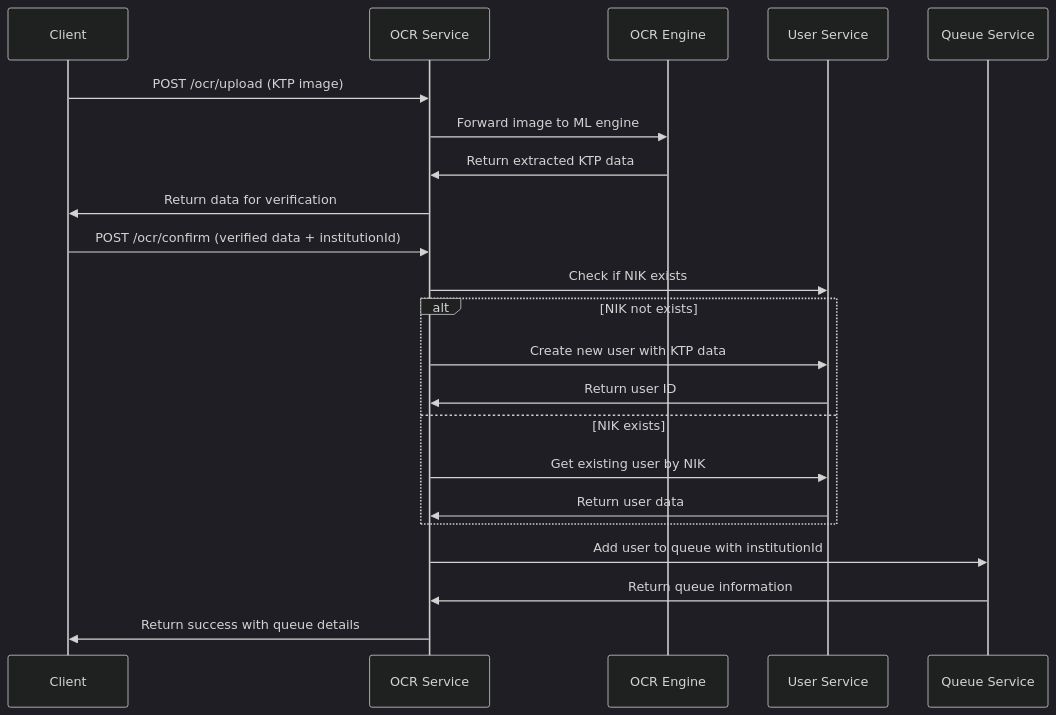
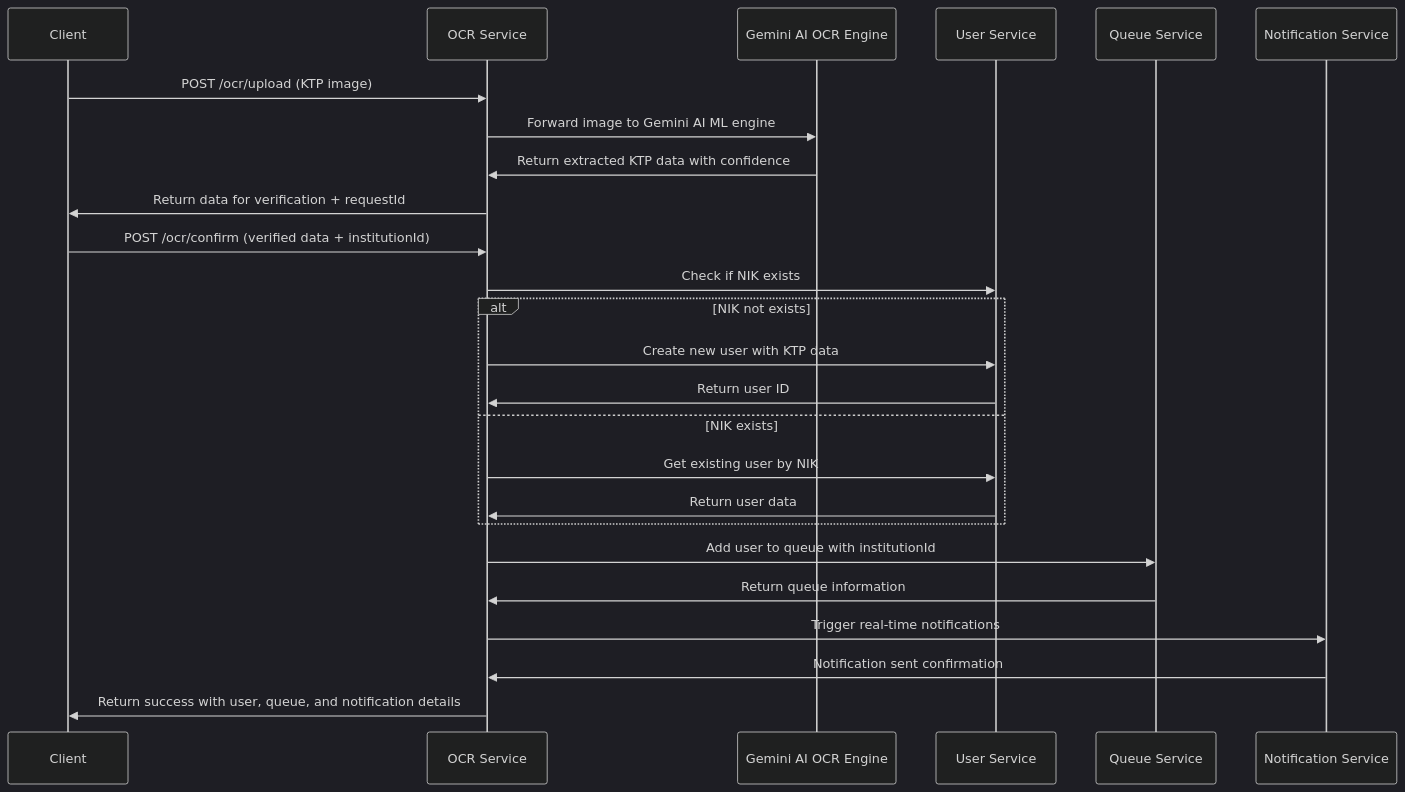
Before and after one commit to MediQ-Compfest-17-SEA/MediQ-Backend-OCR-Service: the diagram in README.md, drawn with Mermaid (dark theme). The commit also changed other lines of this file and 1 other file, not shown here.

First line of the commit message:
feat: enhance swagger documentation and Gemini AI integration to v3.0

````diff
--- a/README.md
+++ b/README.md
@@ -95,28 +122,31 @@
 ```mermaid
 sequenceDiagram
     participant Client
     participant OCR as OCR Service
-    participant Engine as OCR Engine
+    participant Engine as Gemini AI OCR Engine
     participant User as User Service  
     participant Queue as Queue Service
+    participant Notification as Notification Service
 
     Client->>OCR: POST /ocr/upload (KTP image)
-    OCR->>Engine: Forward image to ML engine
-    Engine->>OCR: Return extracted KTP data
-    OCR->>Client: Return data for verification
+    OCR->>Engine: Forward image to Gemini AI ML engine
+    Engine->>OCR: Return extracted KTP data with confidence
+    OCR->>Client: Return data for verification + requestId
 
     Client->>OCR: POST /ocr/confirm (verified data + institutionId)
     OCR->>User: Check if NIK exists
     
     alt NIK not exists
         OCR->>User: Create new user with KTP data
         User->>OCR: Return user ID
     else NIK exists
         OCR->>User: Get existing user by NIK
         User->>OCR: Return user data
     end
     
     OCR->>Queue: Add user to queue with institutionId
     Queue->>OCR: Return queue information
-    OCR->>Client: Return success with queue details
+    OCR->>Notification: Trigger real-time notifications
+    Notification->>OCR: Notification sent confirmation
+    OCR->>Client: Return success with user, queue, and notification details
 ```
````
